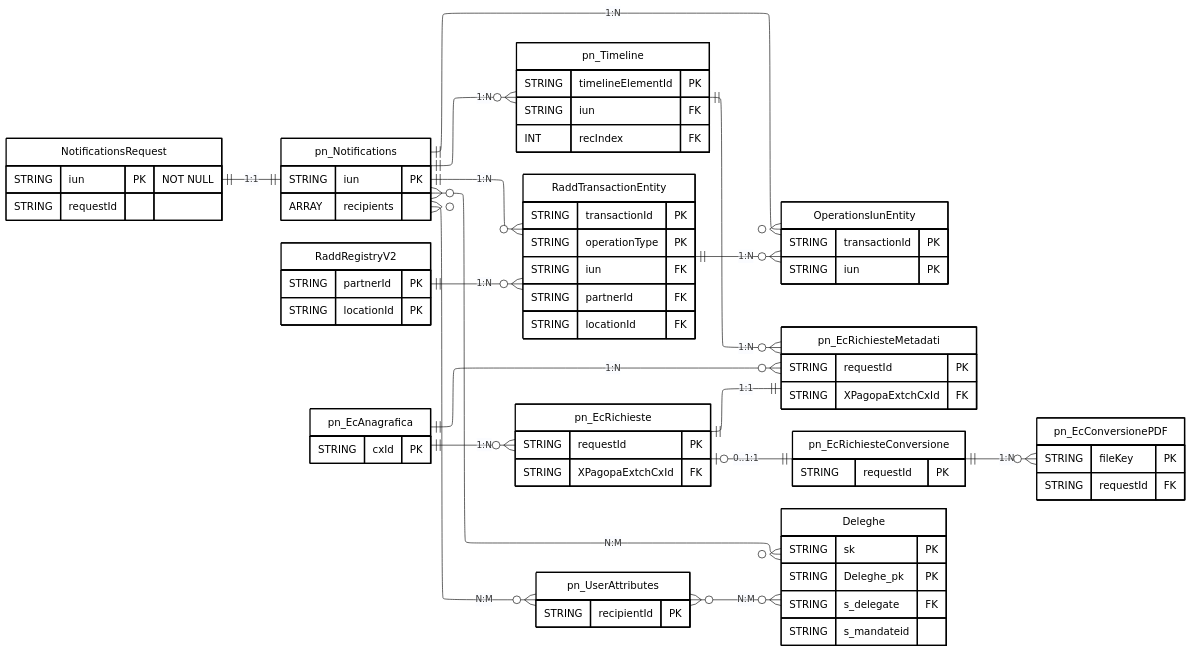
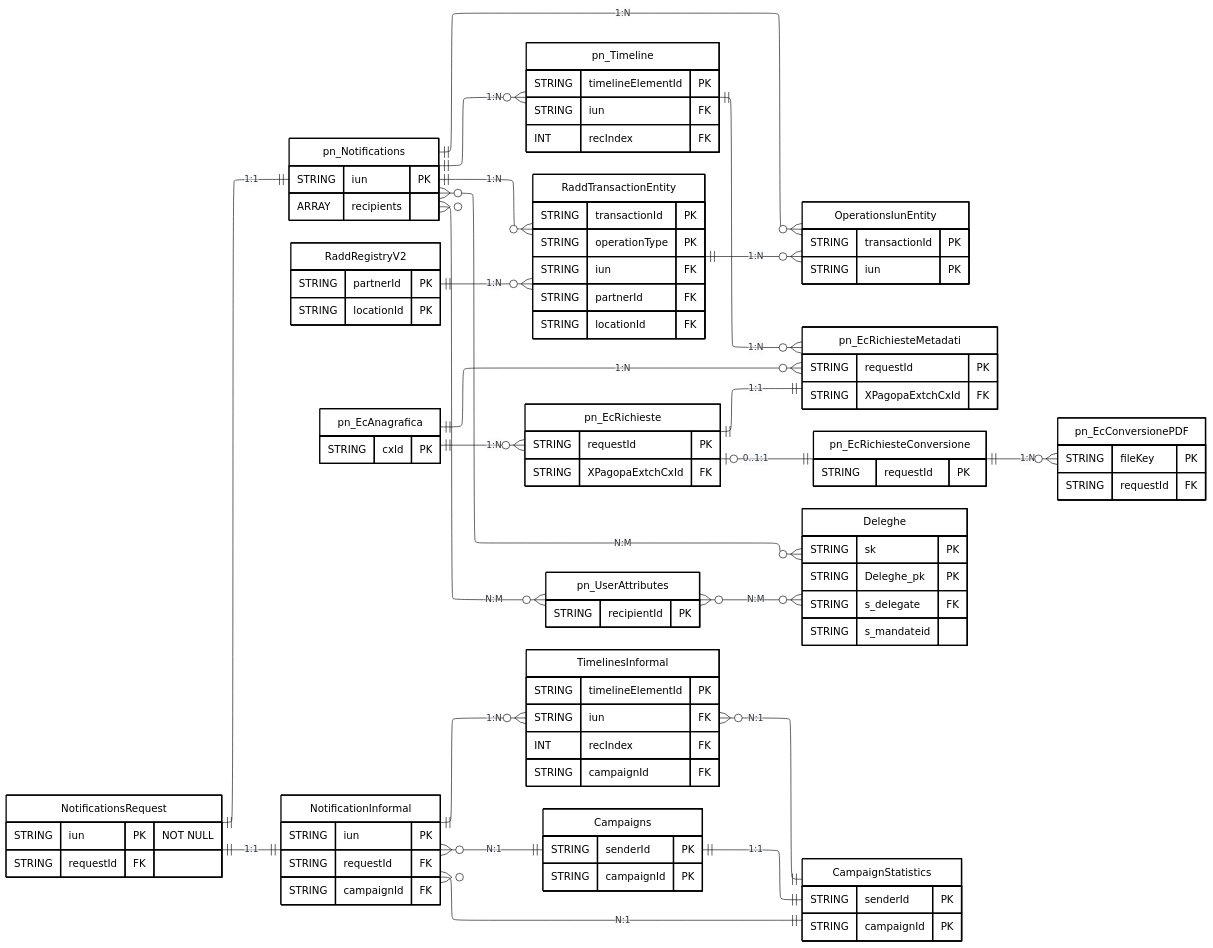
The diagram in send_diagrams/data-models/send_er_model.mmd (pagopa/pn-metrics), drawn with Mermaid before and after one commit. The commit also changed 2 other files, not shown here.

Commit message:
SNDM-267: refactor global ER diagram and update it with informal communications

```diff
--- a/send_diagrams/data-models/send_er_model.mmd
+++ b/send_diagrams/data-models/send_er_model.mmd
@@ -5,33 +5,39 @@
 ---
 erDiagram
 
-    %% diagram version: 1.0.0
-
-    %% sources:
-    %% - dc-pn-Notifications.yaml
-    %%   id: urn:send:pn:notifications
-    %%   version: 1.0.0
-    %% - dc-pn-timeline.yaml
-    %%   id: urn:send:pn:timelines
-    %%   version: 1.0.0
-    %% - dc-radd-transaction-entity.yaml
-    %%   id: urn:send:radd-alt:dc-radd-transaction-entity
-    %%   version: 0.0.1
-    %% - dc-radd-registry.yaml
-    %%   id: urn:send:radd-alt:dc-radd-registry
-    %%   version: 0.0.1
-    %% - dc-operations-iuns-entity.yaml
-    %%   id: urn:send:radd-alt:dc-operations-iuns-entity
-    %%   version: 0.0.1
-    %% - dc-pn-EcRichiesteMetadati.yaml
-    %%   id: urn:send:postalizzazione:pn-ecrichiestemetadati
-    %%   version: 0.0.1
-    %% - dc-pn-user-attributes.yaml
-    %%   id: urn:send:recapiti-deleghe:user-attributes
-    %%   version: 1.0.1
-    %% - dc-pn-mandate.yaml
-    %%   id: urn:send:recapiti-deleghe:mandate
-    %%   version: 0.0.2
+    %% - notifiche_e_workflow
+        %%  - source: dc-pn-Notifications.yaml
+        %%      id: urn:send:pn:notifications
+        %%      version: 1.0.0
+        %%  - source: dc-pn-timeline.yaml
+        %%      id: urn:send:pn:timelines
+        %%      version: 1.0.0
+    %% - radd_alt
+        %%   - source: dc-radd-transaction-entity.yaml
+        %%      id: urn:send:radd-alt:dc-radd-transaction-entity
+        %%      version: 0.0.1
+        %%  - source: dc-radd-registry.yaml
+        %%      id: urn:send:radd-alt:dc-radd-registry
+        %%      version: 0.0.1
+    %% - domicili_e_recapiti_digitali
+        %%   - source: dc-operations-iuns-entity.yaml
+        %%      id: urn:send:radd-alt:dc-operations-iuns-entity
+        %%      version: 0.0.1
+    %% - postalizzazione
+        %%   - source: dc-pn-EcRichiesteMetadati.yaml
+        %%      id: urn:send:postalizzazione:pn-ecrichiestemetadati
+        %%      version: 0.0.1
+    %% - domicili_e_recapiti_digitali
+        %%   - source dc-pn-user-attributes.yaml
+        %%      id: urn:send:recapiti-deleghe:user-attributes
+        %%      version: 1.0.1
+    %% - deleghe_v_0_0_2
+        %%   - source: dc-pn-mandate.yaml
+        %%      id: urn:send:recapiti-deleghe:mandate
+        %%      version: 0.0.2
+    %% - comunicazioni_bonarie
+        %%   - source: data-quality.yml (pn-workflow-manager)
+        %%      version: 1.0.0
 
     %% CONVENZIONI
     %% - Sono riportate esclusivamente le entità principali
@@ -43,7 +49,7 @@
 
     NotificationsRequest {
         STRING iun PK "NOT NULL"
-        STRING requestId
+        STRING requestId FK
     }
 
     pn_Notifications {
@@ -109,6 +115,29 @@
         STRING s_mandateid
     }
 
+        NotificationInformal {
+        STRING iun PK
+        STRING requestId FK
+        STRING campaignId FK
+    }
+
+    TimelinesInformal {
+        STRING timelineElementId PK
+        STRING iun FK
+        INT recIndex FK
+        STRING campaignId FK
+    }
+
+    Campaigns {
+        STRING senderId PK
+        STRING campaignId PK
+    }
+
+    CampaignStatistics {
+        STRING senderId PK
+        STRING campaignId PK
+    }
+
     %% RELAZIONI
 
     NotificationsRequest ||--|| pn_Notifications : "1:1"
@@ -165,6 +194,29 @@
     %% Relazione valorizzata principalmente per deleghe CIE
     Deleghe }o--o{ pn_Notifications : "N:M"
 
+        %% COMUNICAZIONI BONARIE
+
+    %% NotificationsRequest.requestId = NotificationInformal.requestId
+    %% NotificationsRequest.iun e NotificationInformal.iun hanno semantica differente
+    NotificationsRequest ||--|| NotificationInformal : "1:1"
+
+    %% Join a livello di comunicazione: NotificationInformal.iun = TimelinesInformal.iun
+    %% Join a livello di destinatario: NotificationInformal.iun = TimelinesInformal.iun AND TimelinesInformal.recIndex identifica il destinatario della comunicazione
+    NotificationInformal ||--o{ TimelinesInformal : "1:N"
+
+    %% NotificationInformal.campaignId = Campaigns.campaignId
+    NotificationInformal }o--|| Campaigns : "N:1"
+
+    %% NotificationInformal.campaignId = CampaignStatistics.campaignId
+    NotificationInformal }o--|| CampaignStatistics : "N:1"
+
+    %% TimelinesInformal.campaignId = CampaignStatistics.campaignId
+    TimelinesInformal }o--|| CampaignStatistics : "N:1"
+
+    %% Campaigns.senderId = CampaignStatistics.senderId
+    %% Campaigns.campaignId = CampaignStatistics.campaignId
+    Campaigns ||--|| CampaignStatistics : "1:1"
+
     %% STILE
 
     style NotificationsRequest fill:#FFFFFF,stroke:#000000,stroke-width:2px,color:#000000
@@ -180,3 +232,7 @@
     style pn_EcRichiesteConversione fill:#FFFFFF,stroke:#000000,stroke-width:2px,color:#000000
     style pn_EcConversionePDF fill:#FFFFFF,stroke:#000000,stroke-width:2px,color:#000000
     style Deleghe fill:#FFFFFF,stroke:#000000,stroke-width:2px,color:#000000
+    style NotificationInformal fill:#FFFFFF,stroke:#000000,stroke-width:2px,color:#000000
+    style TimelinesInformal fill:#FFFFFF,stroke:#000000,stroke-width:2px,color:#000000
+    style Campaigns fill:#FFFFFF,stroke:#000000,stroke-width:2px,color:#000000
+    style CampaignStatistics fill:#FFFFFF,stroke:#000000,stroke-width:2px,color:#000000
```
